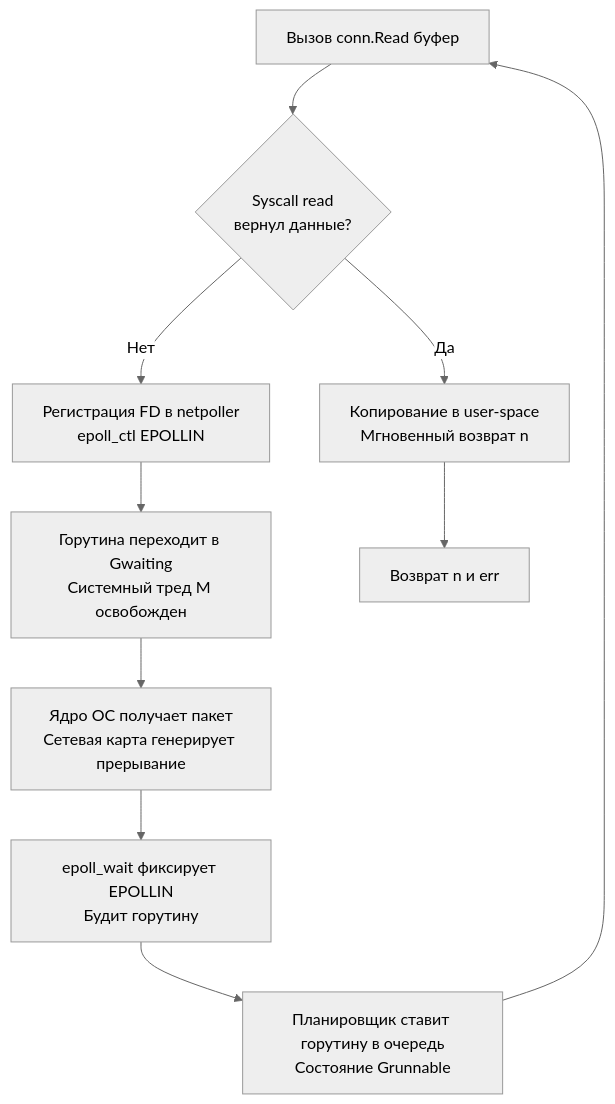
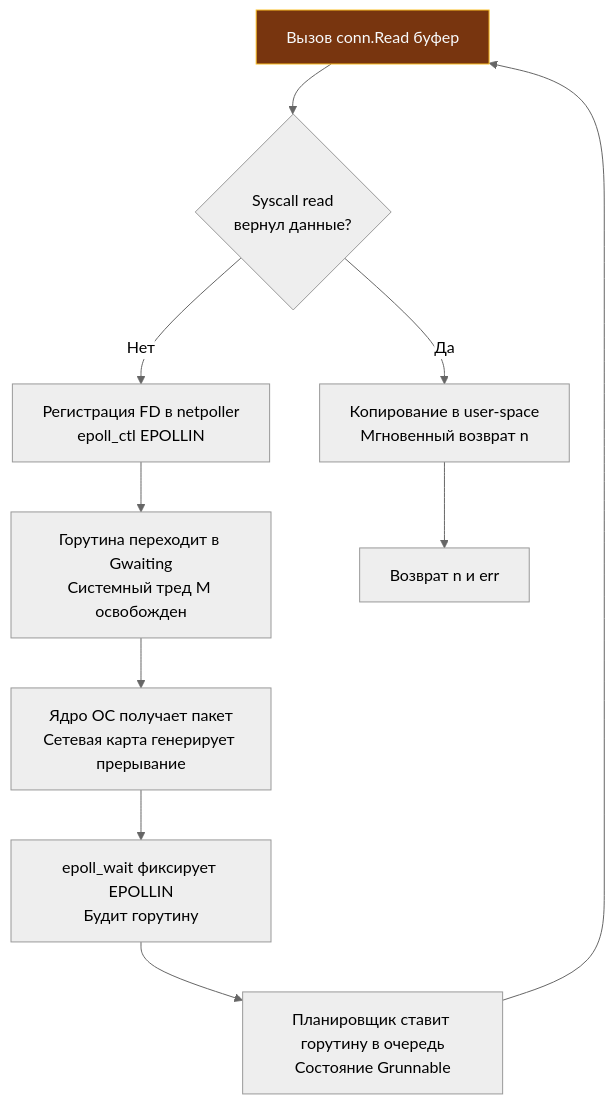
The diagram in sources/6. Стандартная библиотека Go/31. net. Базовая работа с сетью.md (UnrealTemplier/go-textbook), drawn with Mermaid (neutral theme) before and after one commit. The commit also changed 1666 other files, not shown here.

First line of the commit message:
feat(mermaid): add semantic color classDef to 1369 colorless flowchart/graph diagrams

````diff
--- a/sources/6. Стандартная библиотека Go/31. net. Базовая работа с сетью.md
+++ b/sources/6. Стандартная библиотека Go/31. net. Базовая работа с сетью.md
@@ -23,12 +23,22 @@
 ```mermaid
 flowchart TD
-    A["Вызов conn.Read буфер"] --> B{"Syscall read<br>вернул данные?"}
+    classDef process  fill:#1e293b,stroke:#38bdf8,stroke-width:1px,color:#f8fafc
+    classDef success  fill:#064e3b,stroke:#34d399,stroke-width:1px,color:#f8fafc
+    classDef error    fill:#7f1d1d,stroke:#f87171,stroke-width:1px,color:#f8fafc
+    classDef warning  fill:#78350f,stroke:#fbbf24,stroke-width:1px,color:#f8fafc
+    classDef entry    fill:#1e3a5f,stroke:#38bdf8,stroke-width:2px,color:#f8fafc
+    classDef aux      fill:#334155,stroke:#64748b,stroke-width:1px,color:#f8fafc
+    classDef system   fill:#312e81,stroke:#a78bfa,stroke-width:1px,color:#f8fafc
+    classDef data     fill:#132d29,stroke:#2dd4bf,stroke-width:1px,color:#f8fafc
+    classDef network  fill:#881337,stroke:#fb7185,stroke-width:1px,color:#f8fafc
+    classDef accent   fill:#1e1b4b,stroke:#818cf8,stroke-width:1px,color:#f8fafc
+    A["Вызов conn.Read буфер"]:::warning --> B{"Syscall read<br>вернул данные?"}
     B -->|Да| C["Копирование в user-space<br>Мгновенный возврат n"]
     B -->|Нет| D["Регистрация FD в netpoller<br>epoll_ctl EPOLLIN"]
     D --> E["Горутина переходит в Gwaiting<br>Системный тред M освобожден"]
     E --> F["Ядро ОС получает пакет<br>Сетевая карта генерирует прерывание"]
     F --> G["epoll_wait фиксирует EPOLLIN<br>Будит горутину"]
     G --> H["Планировщик ставит горутину в очередь<br>Состояние Grunnable"]
     H --> A
     C --> I["Возврат n и err"]
 ```
````
